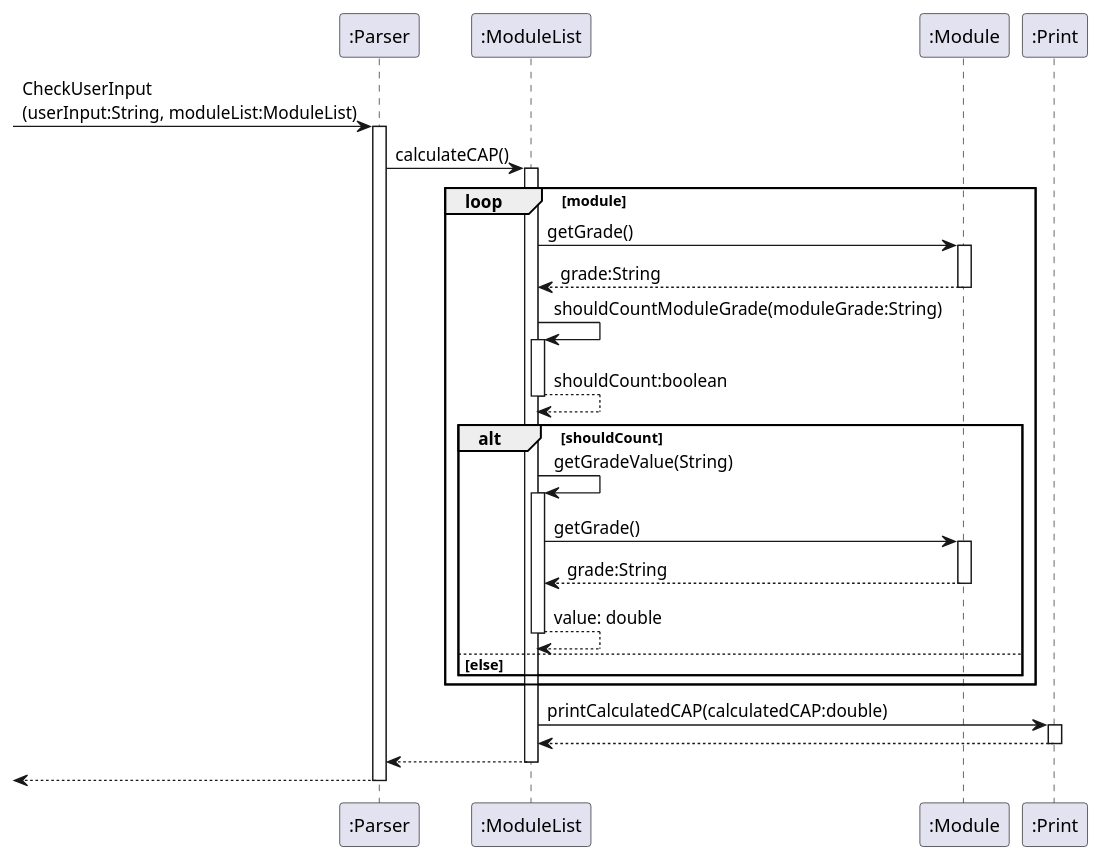
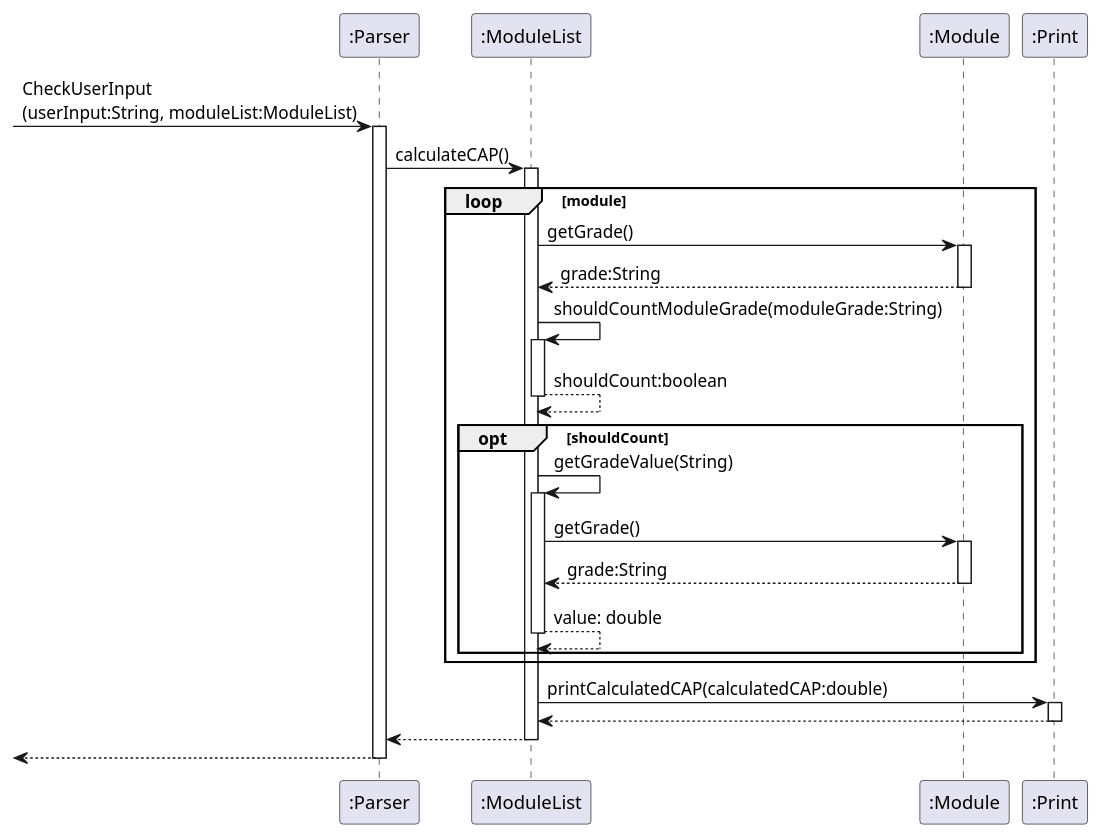
Before and after one commit to saintzaw/tp: the diagram in docs/diagrams/CalculateCAP.puml, drawn with PlantUML. The commit also changed 4 other files, not shown here.

Commit message:
Edit DG diagrams

```diff
--- a/docs/diagrams/CalculateCAP.puml
+++ b/docs/diagrams/CalculateCAP.puml
@@ -1,41 +1,41 @@
 @startuml
 
 participant ":Parser" as Parser
 participant ":ModuleList" as ML
 participant ":Module" as Mod
 participant ":Print" as Print
 [->Parser : CheckUserInput\n(userInput:String, moduleList:ModuleList)
 activate Parser
 Parser->ML : calculateCAP()
 activate ML
 loop module
     ML -> Mod : getGrade()
     activate Mod
     Mod --> ML : grade:String
     deactivate Mod
     ML -> ML : shouldCountModuleGrade(moduleGrade:String)
     activate ML
     ML-->ML : shouldCount:boolean
     deactivate ML
-    alt shouldCount
+    opt shouldCount
         ML -> ML : getGradeValue(String)
         activate ML
         ML -> Mod : getGrade()
         activate Mod
         Mod --> ML : grade:String
         deactivate Mod
         ML --> ML : value: double
         deactivate ML
-    else else
+
     end
 end
     ML -> Print : printCalculatedCAP(calculatedCAP:double)
     activate Print
     Print --> ML
     deactivate Print
 ML --> Parser
 deactivate ML
 Parser-->[
 deactivate Parser
 
 @enduml
```
